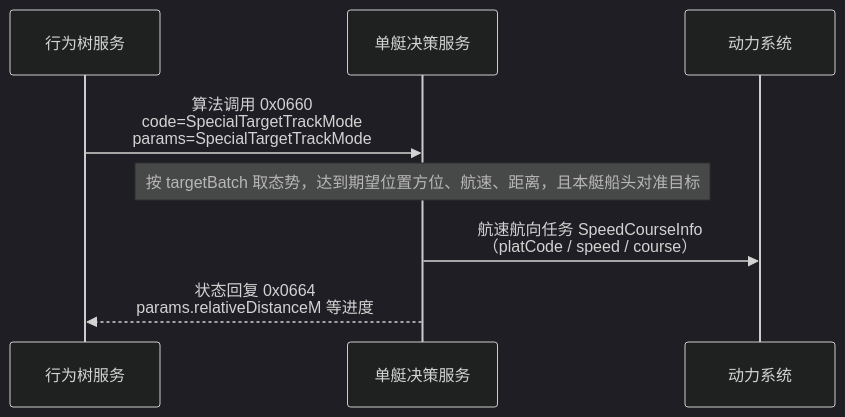
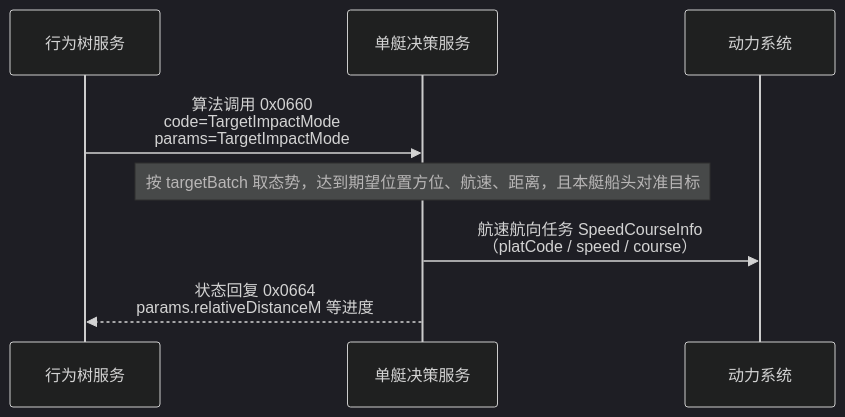
The seventh of 7 diagrams in docs/甲方接口/对接单艇决策服务.md (cocoder777/USV2DSimulator), drawn with Mermaid (dark theme) before and after one commit. The commit also changed other lines of this file and 14 other files, not shown here.

````diff
--- a/docs/甲方接口/对接单艇决策服务.md
+++ b/docs/甲方接口/对接单艇决策服务.md
@@ -696,10 +696,10 @@
 ```mermaid
 sequenceDiagram
     participant Bh as 行为树服务
     participant Algo as 单艇决策服务
     participant Power as 动力系统
-    Bh ->> Algo: 算法调用 0x0660<br/>code=SpecialTargetTrackMode<br/>params=SpecialTargetTrackMode
+    Bh ->> Algo: 算法调用 0x0660<br/>code=TargetImpactMode<br/>params=TargetImpactMode
     Note over Algo: 按 targetBatch 取态势，达到期望位置方位、航速、距离，且本艇船头对准目标
     Algo ->> Power: 航速航向任务 SpeedCourseInfo<br/>（platCode / speed / course）
     Algo -->> Bh: 状态回复 0x0664<br/>params.relativeDistanceM 等进度
 ```
````
